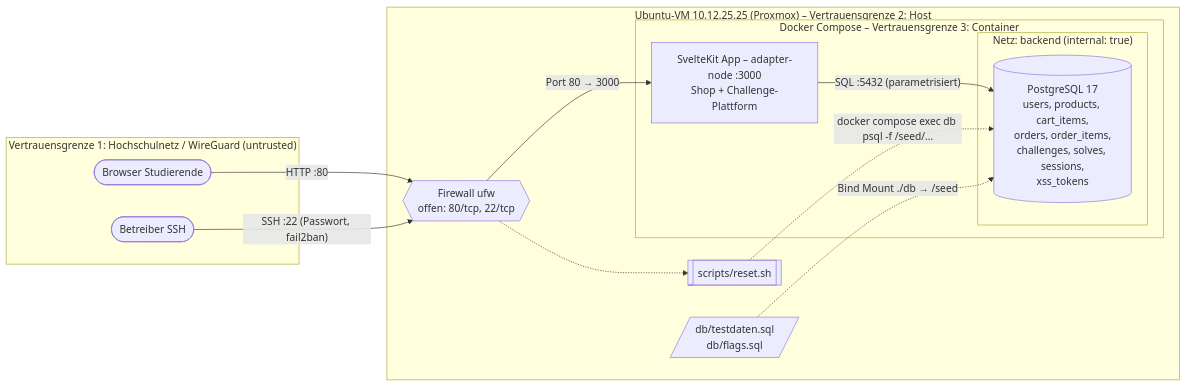
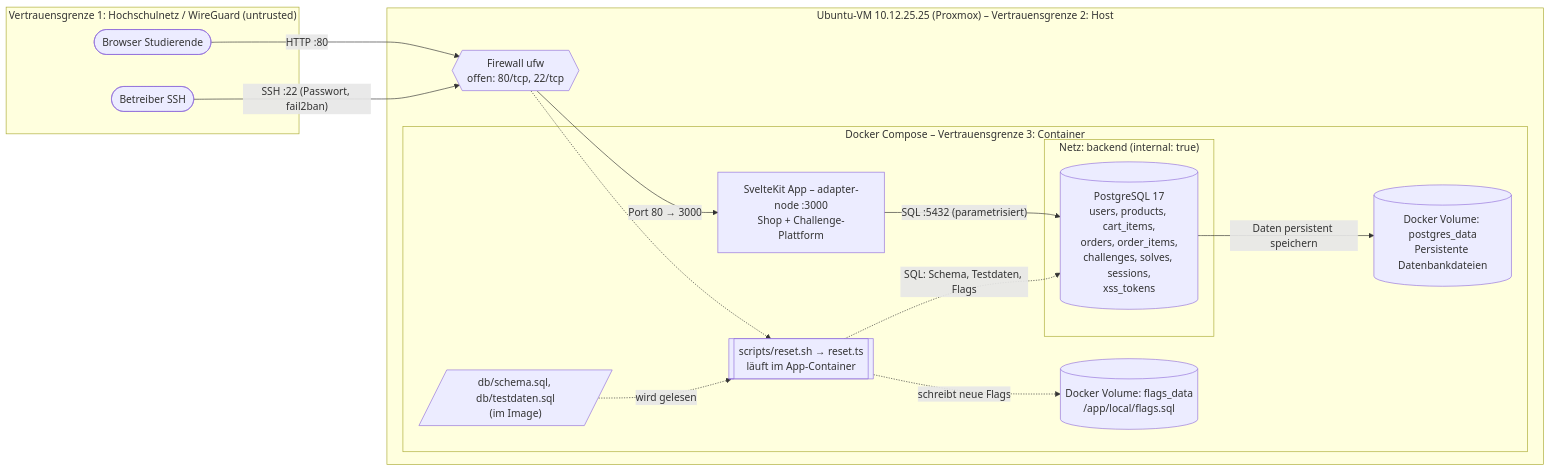
One commit to p4trickweiss/hcw-ssd-sudo-shop changed the diagram in Planung.md. Above: the diagram before and after it, drawn with Mermaid. The commit also changed other lines of this file and 64 other files, not shown here.

First line of the commit message:
implement sudo-shop with docker setup (#2)

````diff
--- a/Planung.md
+++ b/Planung.md
@@ -134,27 +134,34 @@
 ```mermaid
 flowchart LR
     subgraph TB0["Vertrauensgrenze 1: Hochschulnetz / WireGuard (untrusted)"]
         user([Browser Studierende])
         op([Betreiber SSH])
     end
 
     subgraph VM["Ubuntu-VM 10.12.25.25 (Proxmox) – Vertrauensgrenze 2: Host"]
-        ufw{{Firewall ufw<br/>offen: 80/tcp, 22/tcp}}
-        reset[[scripts/reset.sh]]
-        seed[/"db/testdaten.sql<br/>db/flags.sql"/]
+        ufw{{"Firewall ufw<br/>offen: 80/tcp, 22/tcp"}}
+
         subgraph DOCKER["Docker Compose – Vertrauensgrenze 3: Container"]
-            app[SvelteKit App – adapter-node :3000<br/>Shop + Challenge-Plattform]
+            app["SvelteKit App – adapter-node :3000<br/>Shop + Challenge-Plattform<br/>"]
+            reset[[scripts/reset.sh → reset.ts<br/>läuft im App-Container]]
+            seed[/"db/schema.sql, db/testdaten.sql<br/>(im Image)"/]
+            flags[("Docker Volume: flags_data<br/>/app/local/flags.sql")]
+
             subgraph BE["Netz: backend (internal: true)"]
-                db[(PostgreSQL 17<br/>users, products, cart_items,<br/>orders, order_items,<br/>challenges, solves, sessions,<br/>xss_tokens)]
+                db[("PostgreSQL 17<br/>users, products, cart_items,<br/>orders, order_items,<br/>challenges, solves, sessions,<br/>xss_tokens")]
             end
+
+            volume[("Docker Volume: postgres_data<br/>Persistente Datenbankdateien")]
         end
     end
 
     user -- "HTTP :80" --> ufw
     ufw -- "Port 80 → 3000" --> app
     app -- "SQL :5432 (parametrisiert)" --> db
+    db -- "Daten persistent speichern" --> volume
     op -- "SSH :22 (Passwort, fail2ban)" --> ufw
     ufw -.-> reset
-    reset -. "docker compose exec db psql -f /seed/…" .-> db
-    seed -. "Bind Mount ./db → /seed" .-> db
+    seed -. "wird gelesen" .-> reset
+    reset -. "SQL: Schema, Testdaten, Flags" .-> db
+    reset -. "schreibt neue Flags" .-> flags
 ```
````
